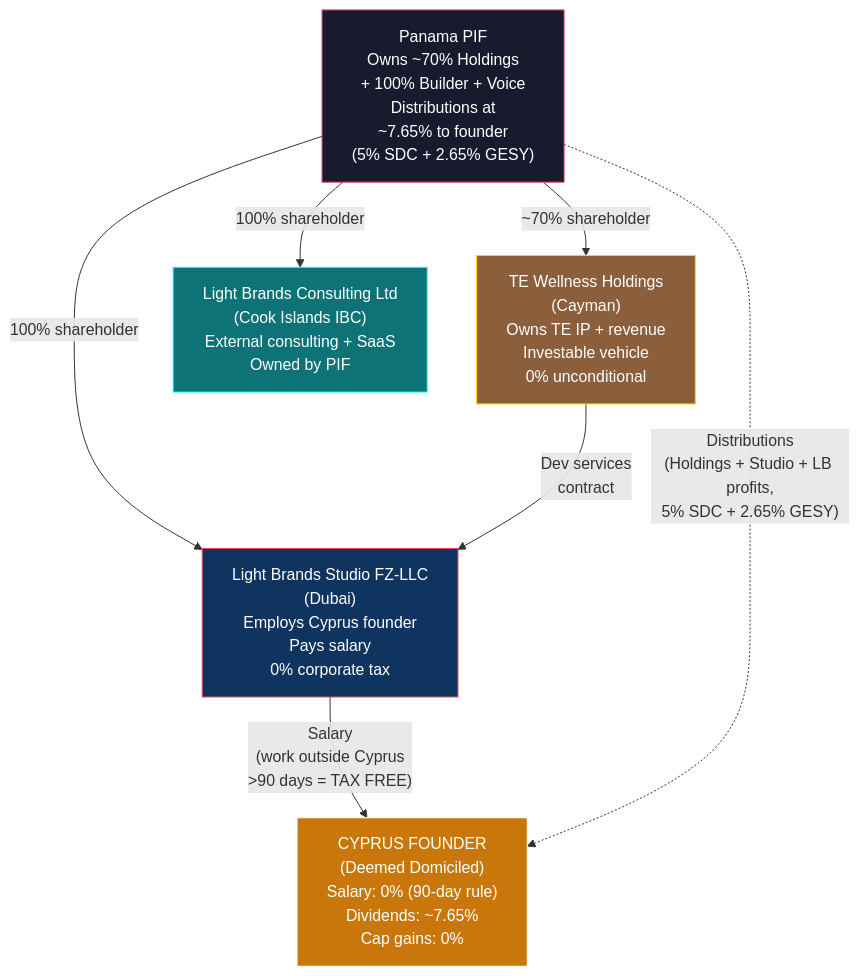
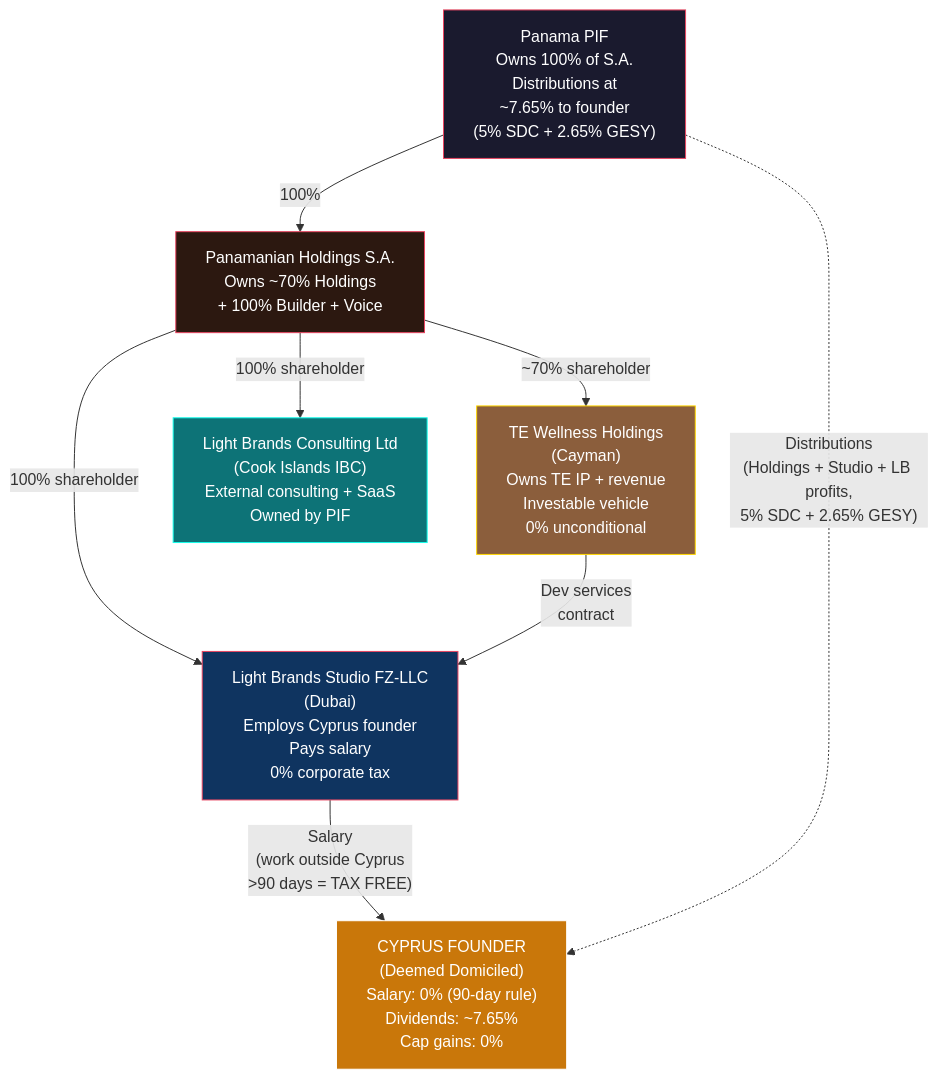
Before and after one commit to Light-Brands/epic-center: the diagram in docs/tax-structure/05-FOUNDER-GUIDE-CYPRUS.md, drawn with Mermaid. The commit also changed other lines of this file and 9 other files, not shown here.

First line of the commit message:
Insert Panamanian Holdings S.A. between PIF and operating entities

````diff
--- a/docs/tax-structure/05-FOUNDER-GUIDE-CYPRUS.md
+++ b/docs/tax-structure/05-FOUNDER-GUIDE-CYPRUS.md
@@ -19,25 +19,29 @@
 ```mermaid
 graph TB
     HOLDINGS["TE Wellness Holdings<br/>(Cayman)<br/>Owns TE IP + revenue<br/>Investable vehicle<br/>0% unconditional"]
 
     BUILDER["Light Brands Studio FZ-LLC<br/>(Dubai)<br/>Employs Cyprus founder<br/>Pays salary<br/>0% corporate tax"]
 
     VOICE["Light Brands Consulting Ltd<br/>(Cook Islands IBC)<br/>External consulting + SaaS<br/>Owned by PIF"]
 
-    SHIELD["Panama PIF<br/>Owns ~70% Holdings<br/>+ 100% Builder + Voice<br/>Distributions at<br/>~7.65% to founder<br/>(5% SDC + 2.65% GESY)"]
+    SHIELD["Panama PIF<br/>Owns 100% of S.A.<br/>Distributions at<br/>~7.65% to founder<br/>(5% SDC + 2.65% GESY)"]
+
+    SA["Panamanian Holdings S.A.<br/>Owns ~70% Holdings<br/>+ 100% Builder + Voice"]
 
     CYPRUS["CYPRUS FOUNDER<br/>(Deemed Domiciled)<br/>Salary: 0% (90-day rule)<br/>Dividends: ~7.65%<br/>Cap gains: 0%"]
 
-    SHIELD -->|"~70% shareholder"| HOLDINGS
-    SHIELD -->|"100% shareholder"| BUILDER
-    SHIELD -->|"100% shareholder"| VOICE
+    SHIELD -->|"100%"| SA
+    SA -->|"~70% shareholder"| HOLDINGS
+    SA -->|"100% shareholder"| BUILDER
+    SA -->|"100% shareholder"| VOICE
     HOLDINGS -->|"Dev services<br/>contract"| BUILDER
     BUILDER -->|"Salary<br/>(work outside Cyprus<br/>>90 days = TAX FREE)"| CYPRUS
     SHIELD -.->|"Distributions<br/>(Holdings + Studio + LB profits,<br/>5% SDC + 2.65% GESY)"| CYPRUS
 
     style HOLDINGS fill:#8b5e3c,stroke:#ffd700,color:#fff
     style BUILDER fill:#0f3460,stroke:#e94560,color:#fff
     style VOICE fill:#0d7377,stroke:#14ffec,color:#fff
     style SHIELD fill:#1a1a2e,stroke:#e94560,color:#fff
+    style SA fill:#2c1810,stroke:#e94560,color:#fff
     style CYPRUS fill:#c9770a,stroke:#fff,color:#fff
 ```
````
